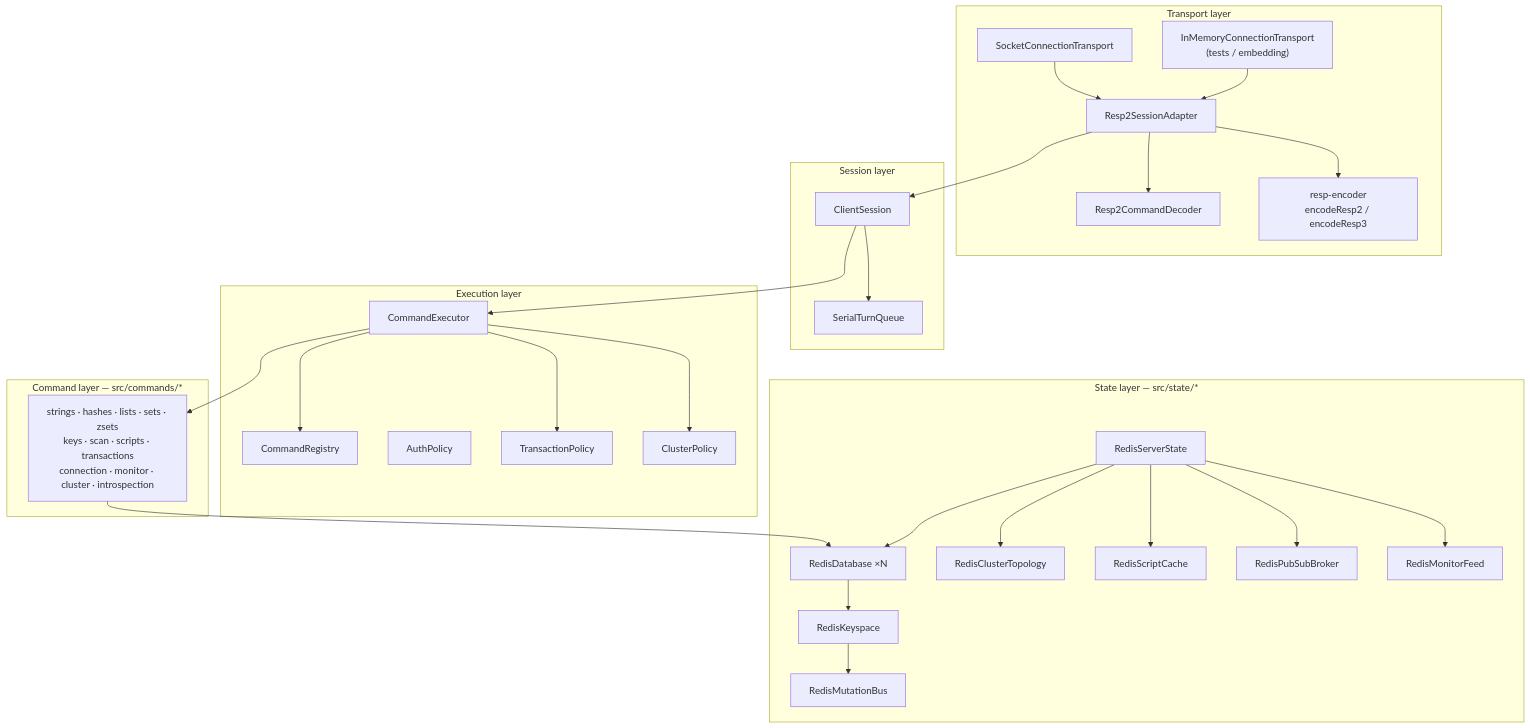
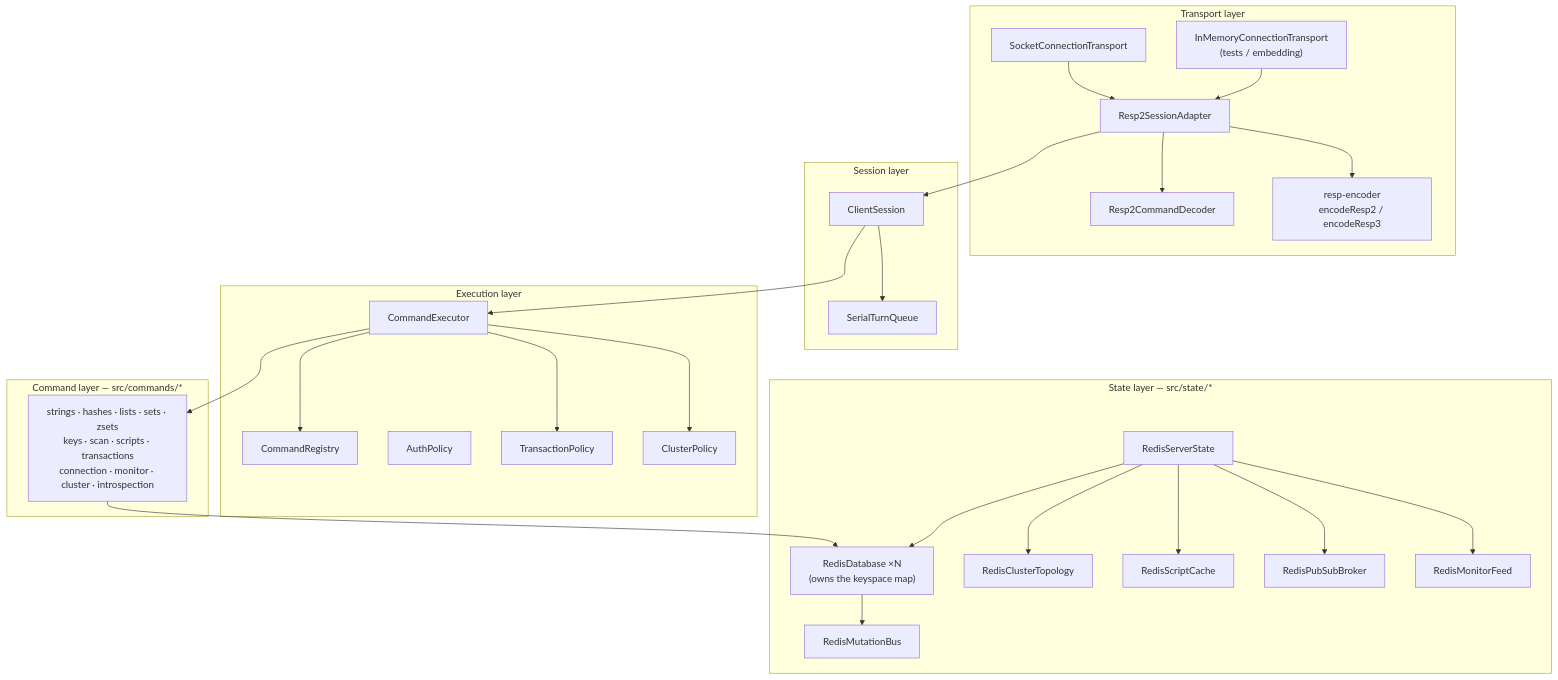
Before and after one commit to fatal10110/js-redis-server: the second of 6 diagrams in docs/ARCHITECTURE.md, drawn with Mermaid. The commit also changed other lines of this file and 8 other files, not shown here.

First line of the commit message:
refactor: collapse RedisKeyspace into RedisDatabase (#375)

````diff
--- a/docs/ARCHITECTURE.md
+++ b/docs/ARCHITECTURE.md
@@ -79,57 +79,55 @@
 ```mermaid
 graph TD
     subgraph "Transport layer"
         ST[SocketConnectionTransport]
         IT["InMemoryConnectionTransport<br/>(tests / embedding)"]
         SA[Resp2SessionAdapter]
         DEC[Resp2CommandDecoder]
         ENC["resp-encoder<br/>encodeResp2 / encodeResp3"]
     end
 
     subgraph "Session layer"
         CS[ClientSession]
         TQ[SerialTurnQueue]
     end
 
     subgraph "Execution layer"
         CE[CommandExecutor]
         CR[CommandRegistry]
         AP[AuthPolicy]
         TP[TransactionPolicy]
         CP[ClusterPolicy]
     end
 
     subgraph "Command layer — src/commands/*"
         CMD["strings · hashes · lists · sets · zsets<br/>keys · scan · scripts · transactions<br/>connection · monitor · cluster · introspection"]
     end
 
     subgraph "State layer — src/state/*"
         SS[RedisServerState]
-        RD["RedisDatabase ×N"]
-        KS[RedisKeyspace]
+        RD["RedisDatabase ×N<br/>(owns the keyspace map)"]
         MB[RedisMutationBus]
         CT[RedisClusterTopology]
         SCC[RedisScriptCache]
         PB[RedisPubSubBroker]
         MF[RedisMonitorFeed]
     end
 
     ST & IT --> SA
     SA --> DEC
     SA --> ENC
     SA --> CS
     CS --> TQ
     CS --> CE
     CE --> CR
     CE --> TP
     CE --> CP
     CE --> CMD
     CMD --> RD
     SS --> RD
     SS --> CT
     SS --> SCC
     SS --> PB
     SS --> MF
-    RD --> KS
-    KS --> MB
+    RD --> MB
 ```
````
